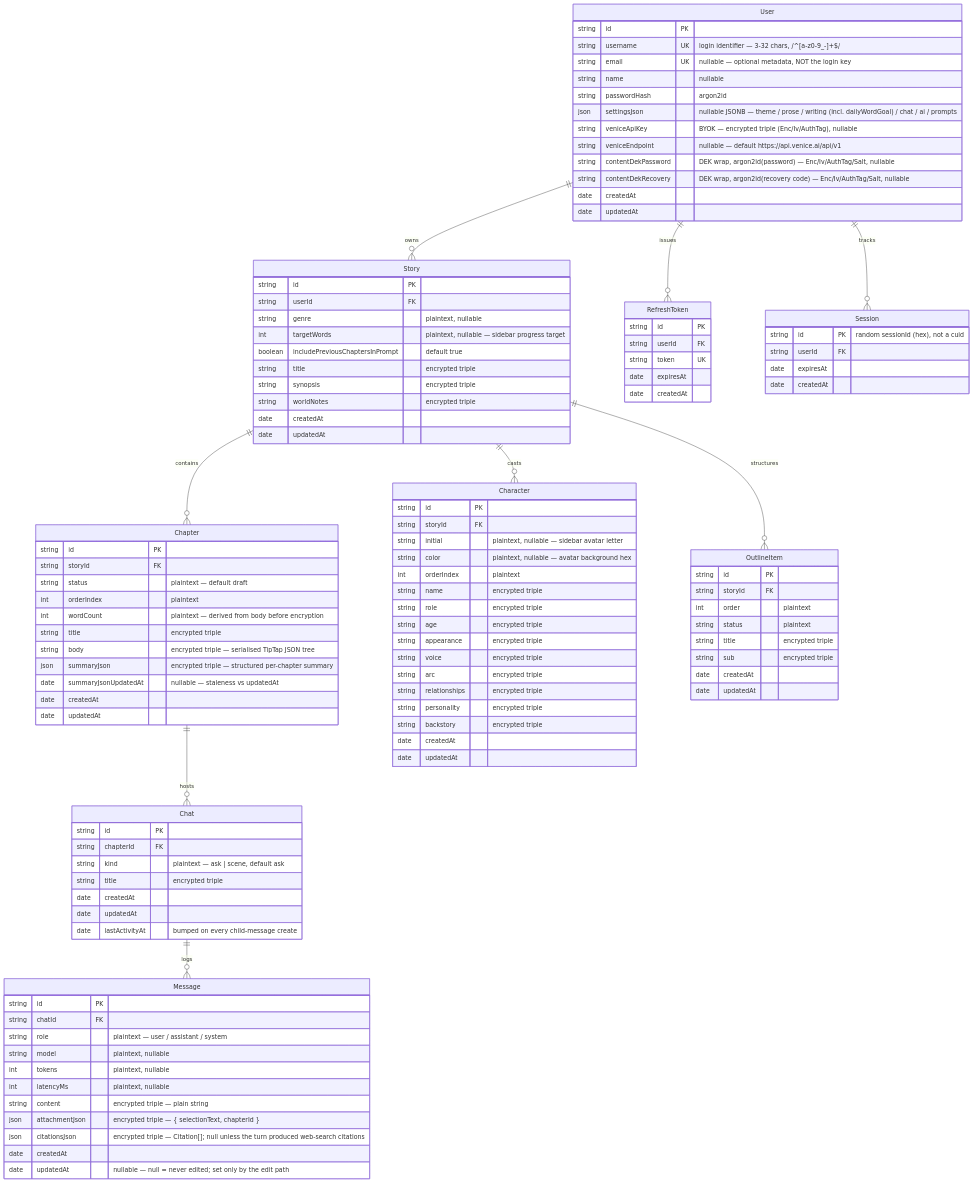
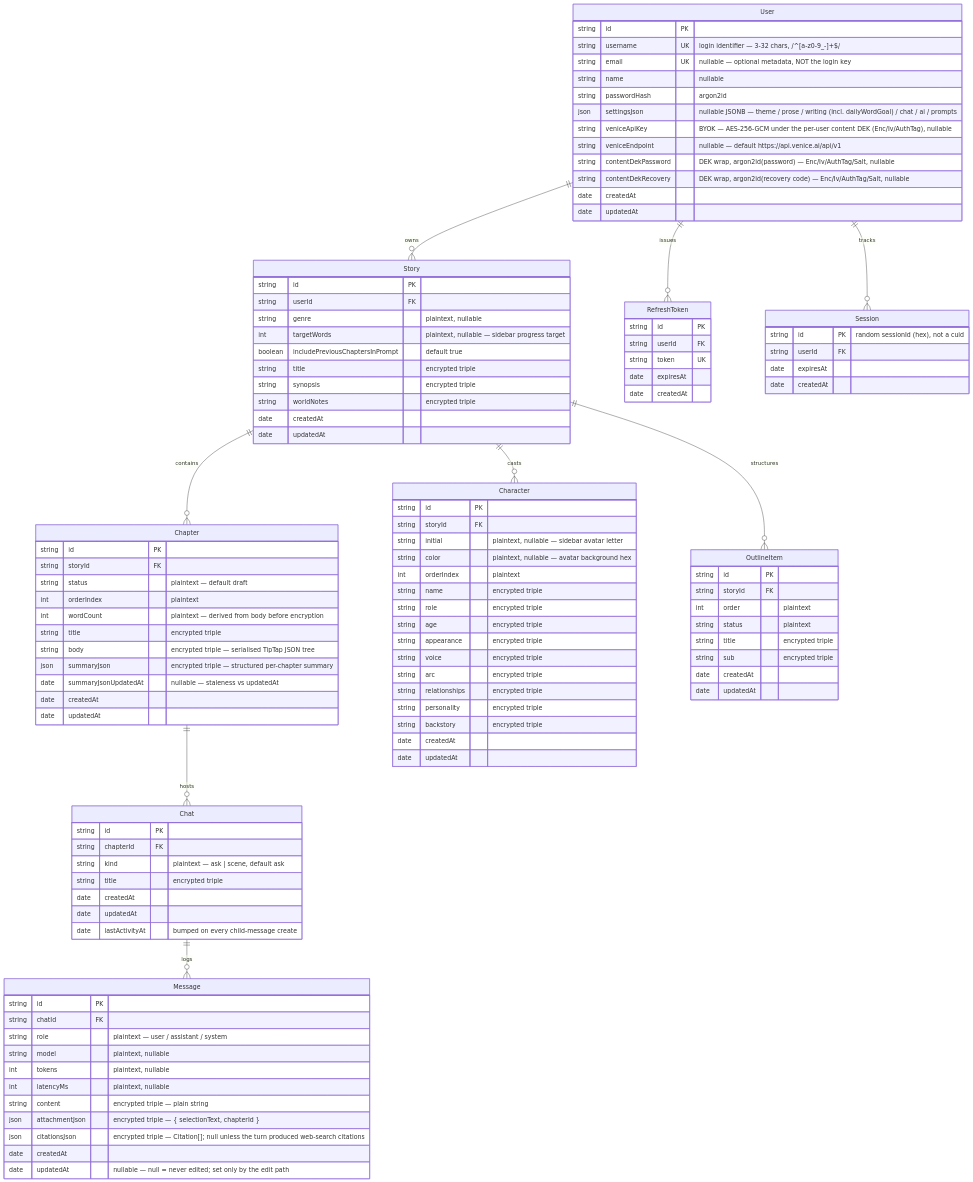
The diagram in docs/data-model.md (DoctorKomodo/ai-story-editor), drawn with Mermaid before and after one commit. The commit also changed other lines of this file and 41 other files, not shown here.

First line of the commit message:
Retire APP_ENCRYPTION_KEY: wrap the BYOK Venice key under the per-user content DEK (#136)

```diff
--- a/docs/data-model.md
+++ b/docs/data-model.md
@@ -26,7 +26,7 @@
         string  name "nullable"
         string  passwordHash "argon2id"
         json    settingsJson "nullable JSONB — theme / prose / writing (incl. dailyWordGoal) / chat / ai / prompts"
-        string  veniceApiKey "BYOK — encrypted triple (Enc/Iv/AuthTag), nullable"
+        string  veniceApiKey "BYOK — AES-256-GCM under the per-user content DEK (Enc/Iv/AuthTag), nullable"
         string  veniceEndpoint "nullable — default https://api.venice.ai/api/v1"
         string  contentDekPassword "DEK wrap, argon2id(password) — Enc/Iv/AuthTag/Salt, nullable"
         string  contentDekRecovery "DEK wrap, argon2id(recovery code) — Enc/Iv/AuthTag/Salt, nullable"
```
